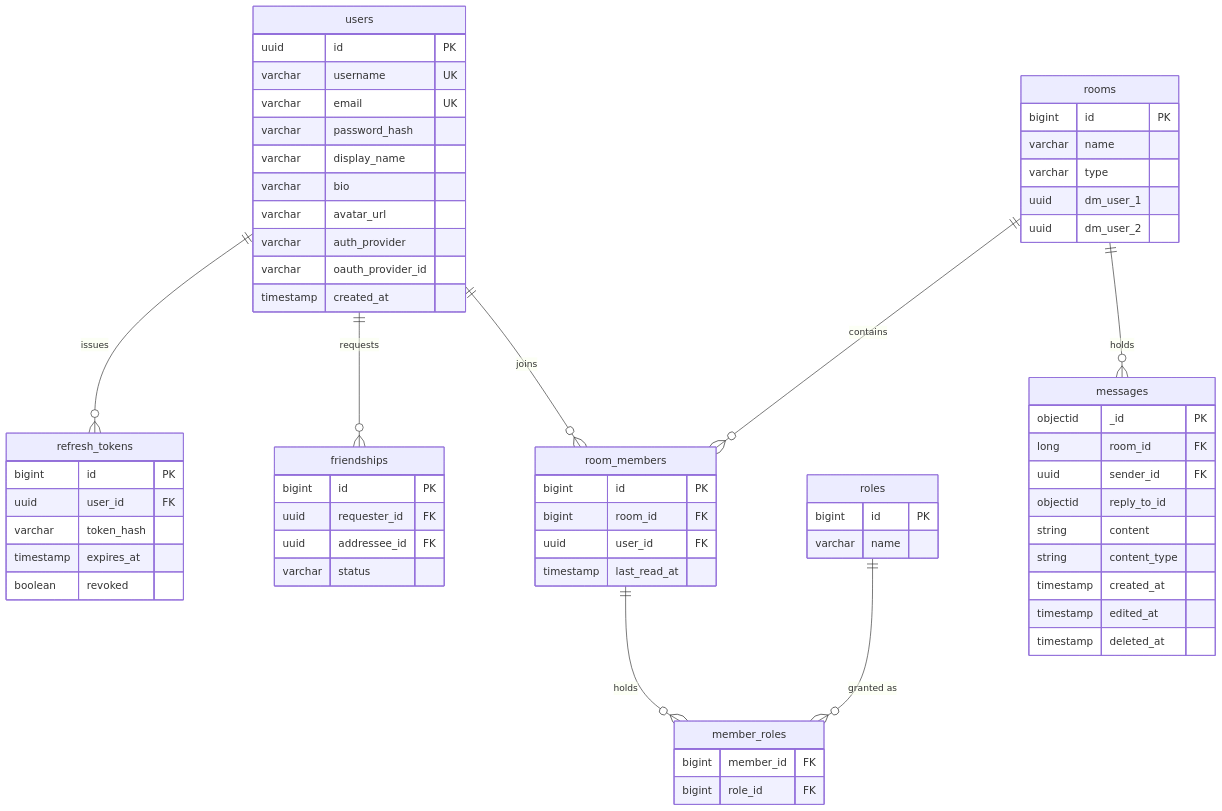
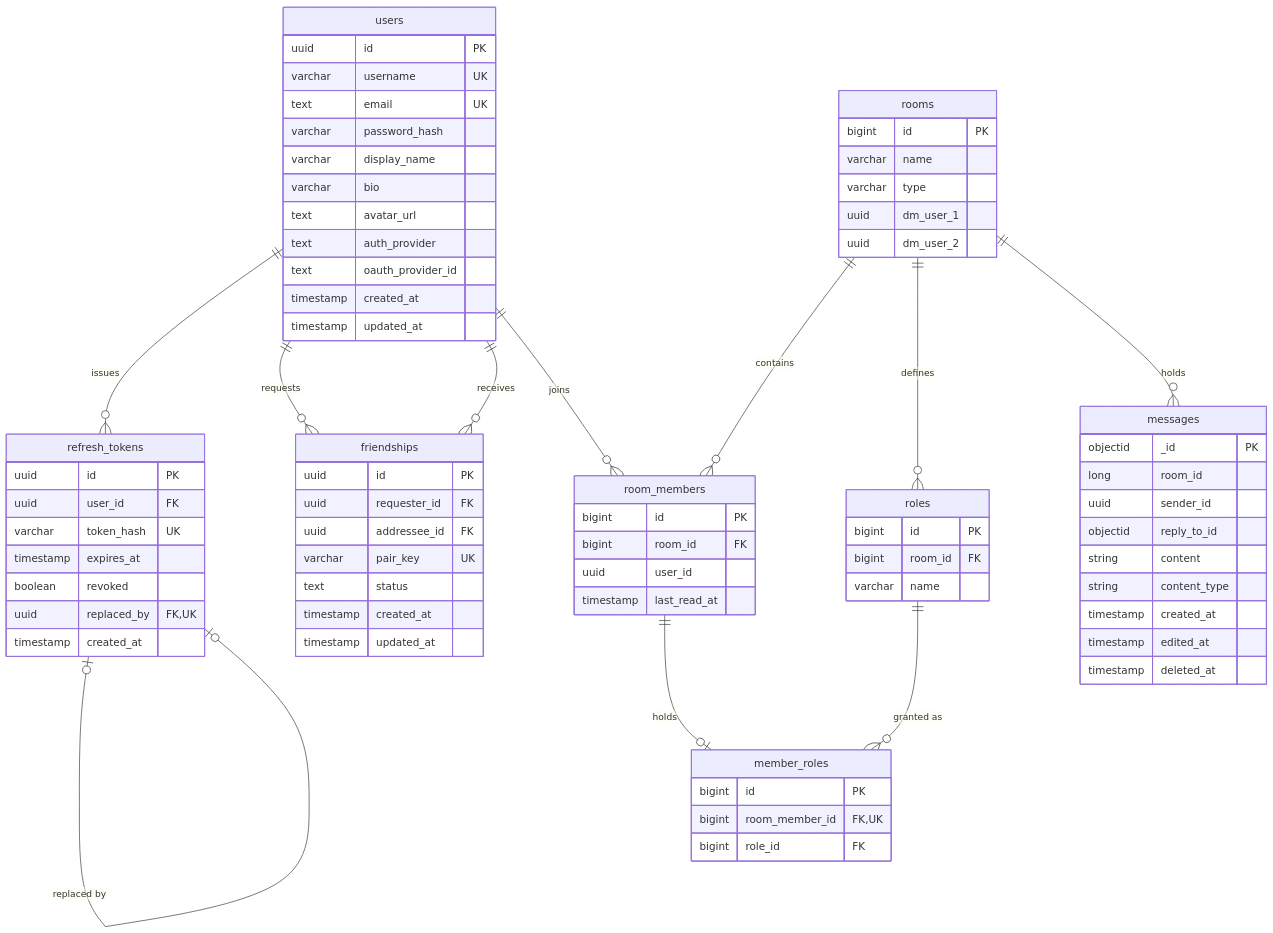
One commit to Aymanesaj/Guild-chat changed the diagram in README.md. Above: the diagram before and after it, drawn with Mermaid. The commit also changed other lines of this file and 1 other file, not shown here.

````diff
--- a/README.md
+++ b/README.md
@@ -239,68 +255,79 @@
 ```mermaid
 erDiagram
     users ||--o{ refresh_tokens : "issues"
     users ||--o{ friendships : "requests"
+    users ||--o{ friendships : "receives"
+    refresh_tokens |o--o| refresh_tokens : "replaced by"
     users ||--o{ room_members : "joins"
     rooms ||--o{ room_members : "contains"
-    room_members ||--o{ member_roles : "holds"
+    rooms ||--o{ roles : "defines"
+    room_members ||--o| member_roles : "holds"
     roles ||--o{ member_roles : "granted as"
     rooms ||--o{ messages : "holds"
 
     users {
         uuid id PK
         varchar username UK
-        varchar email UK
+        text email UK
         varchar password_hash
         varchar display_name
         varchar bio
-        varchar avatar_url
-        varchar auth_provider
-        varchar oauth_provider_id
+        text avatar_url
+        text auth_provider
+        text oauth_provider_id
+        timestamp created_at
+        timestamp updated_at
+    }
+    refresh_tokens {
+        uuid id PK
+        uuid user_id FK
+        varchar token_hash UK
+        timestamp expires_at
+        boolean revoked
+        uuid replaced_by FK, UK
         timestamp created_at
     }
-    refresh_tokens {
-        bigint id PK
-        uuid user_id FK
-        varchar token_hash
-        timestamp expires_at
-        boolean revoked
-    }
     friendships {
-        bigint id PK
+        uuid id PK
         uuid requester_id FK
         uuid addressee_id FK
-        varchar status
+        varchar pair_key UK
+        text status
+        timestamp created_at
+        timestamp updated_at
     }
     rooms {
         bigint id PK
         varchar name
         varchar type
         uuid dm_user_1
         uuid dm_user_2
     }
     room_members {
         bigint id PK
         bigint room_id FK
-        uuid user_id FK
+        uuid user_id
         timestamp last_read_at
     }
     roles {
         bigint id PK
+        bigint room_id FK
         varchar name
     }
     member_roles {
-        bigint member_id FK
+        bigint id PK
+        bigint room_member_id FK, UK
         bigint role_id FK
     }
     messages {
         objectid _id PK
-        long room_id FK
-        uuid sender_id FK
+        long room_id
+        uuid sender_id
         objectid reply_to_id
         string content
         string content_type
         timestamp created_at
         timestamp edited_at
         timestamp deleted_at
     }
 ```
````
